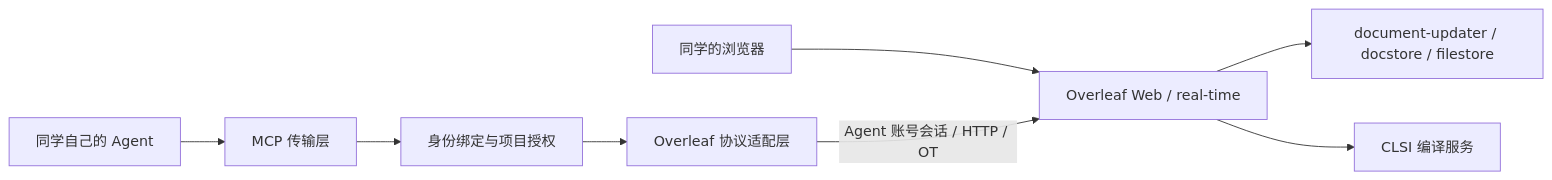
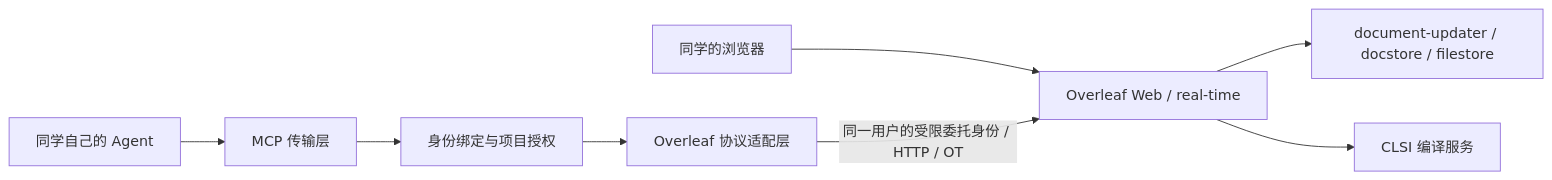
One commit to Sushidesu486/overleaf-agent-bridge changed the diagram in docs/plan.md. Above: the diagram before and after it, drawn with Mermaid. The commit also changed other lines of this file and 2 other files, not shown here.

Commit message:
docs: switch agent access to user delegation

````diff
--- a/docs/plan.md
+++ b/docs/plan.md
@@ -47,10 +49,10 @@
 ```mermaid
 flowchart LR
     H[同学的浏览器] --> W[Overleaf Web / real-time]
     A[同学自己的 Agent] --> M[MCP 传输层]
     M --> D[身份绑定与项目授权]
     D --> O[Overleaf 协议适配层]
-    O -->|Agent 账号会话 / HTTP / OT| W
+    O -->|同一用户的受限委托身份 / HTTP / OT| W
     W --> U[document-updater / docstore / filestore]
     W --> C[CLSI 编译服务]
 ```
````
